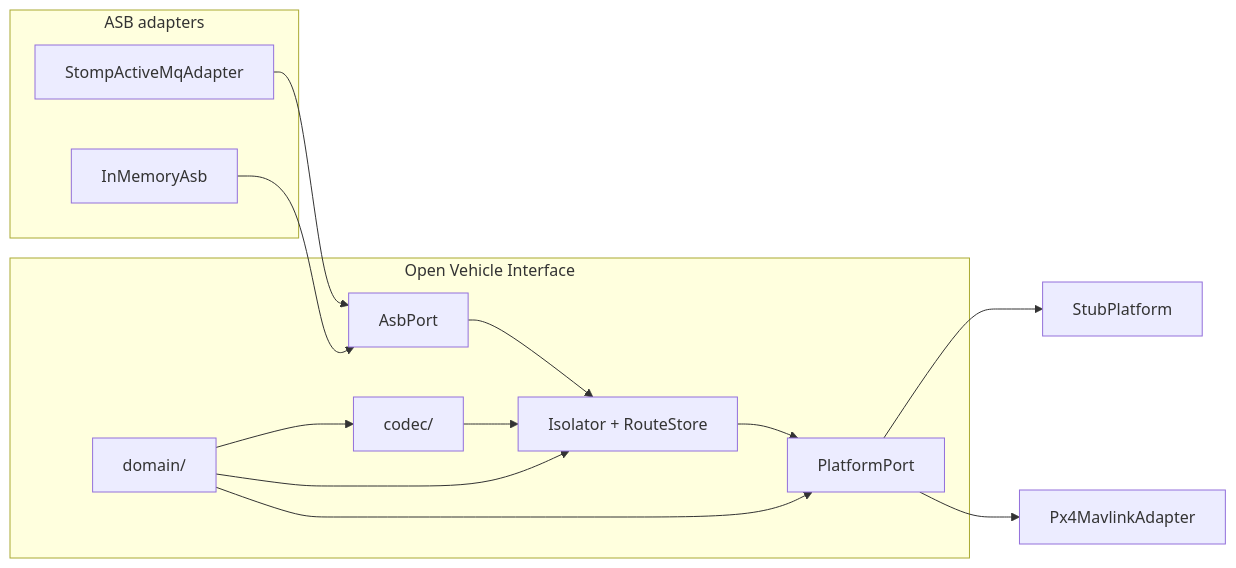
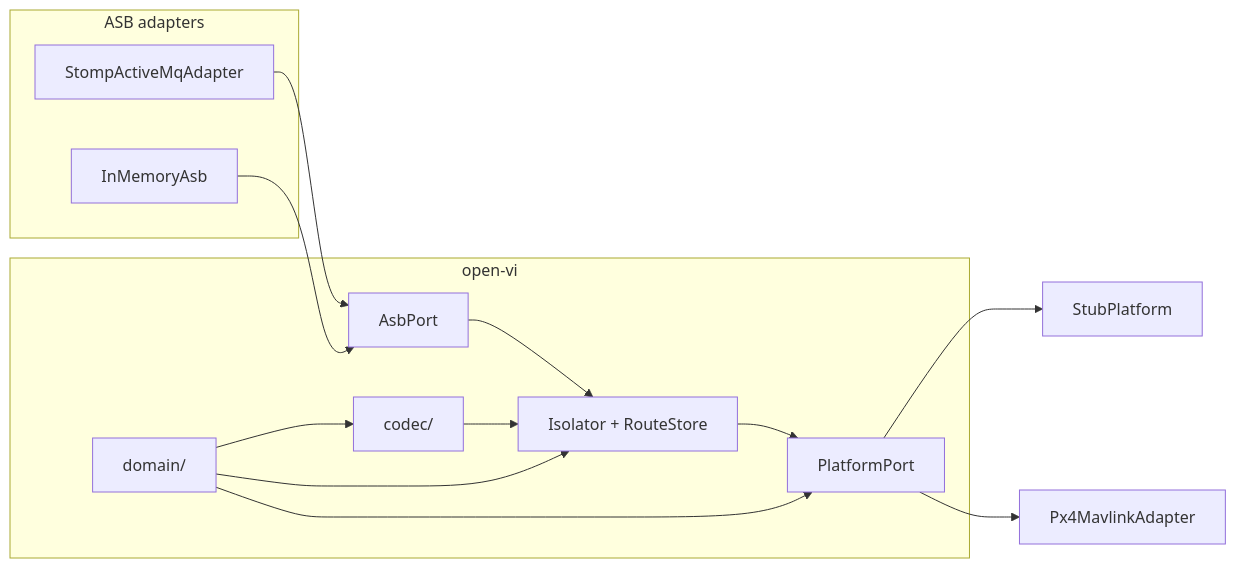
Before and after one commit to OpenAutonomy/open-vi: the second of 2 diagrams in docs/ARCHITECTURE.md, drawn with Mermaid. The commit also changed other lines of this file and 22 other files, not shown here.

````diff
--- a/docs/ARCHITECTURE.md
+++ b/docs/ARCHITECTURE.md
@@ -55,29 +49,29 @@
 ```mermaid
 flowchart LR
   subgraph asb ["ASB adapters"]
     Stomp["StompActiveMqAdapter"]
     Mem["InMemoryAsb"]
   end
 
-  subgraph openvi ["Open Vehicle Interface"]
+  subgraph openvi ["open-vi"]
     AsbPort["AsbPort"]
     Codec["codec/"]
     Domain["domain/"]
     Isolator["Isolator + RouteStore"]
     PlatPort["PlatformPort"]
   end
 
   Stub["StubPlatform"]
   Px4["Px4MavlinkAdapter"]
 
   Stomp --> AsbPort
   Mem --> AsbPort
   AsbPort --> Isolator
   Domain --> Codec
   Domain --> Isolator
   Domain --> PlatPort
   Codec --> Isolator
   Isolator --> PlatPort
   PlatPort --> Stub
   PlatPort --> Px4
 ```
````
